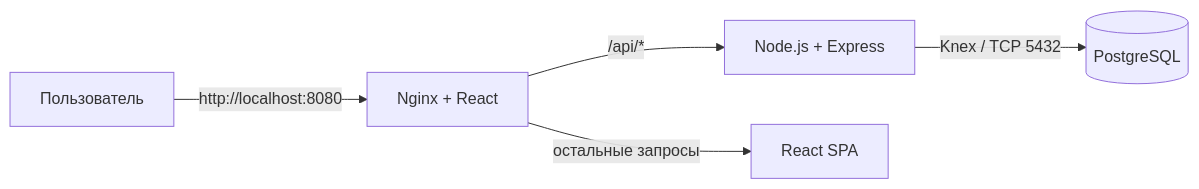
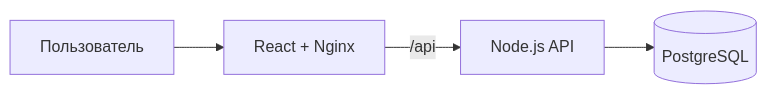
The first of 2 diagrams in README.md (nrysbek-git/bookingkg-capstone-project-teacher), drawn with Mermaid before and after one commit. The commit also changed other lines of this file and 22 other files, not shown here.

````diff
--- a/README.md
+++ b/README.md
@@ -119,7 +40,6 @@
 ```mermaid
 flowchart LR
-    U[Пользователь] -->|http://localhost:8080| N[Nginx + React]
-    N -->|/api/*| B[Node.js + Express]
-    B -->|Knex / TCP 5432| D[(PostgreSQL)]
-    N -->|остальные запросы| R[React SPA]
+  U[Пользователь] --> FE[React + Nginx]
+  FE -->|/api| BE[Node.js API]
+  BE --> DB[(PostgreSQL)]
 ```
````
